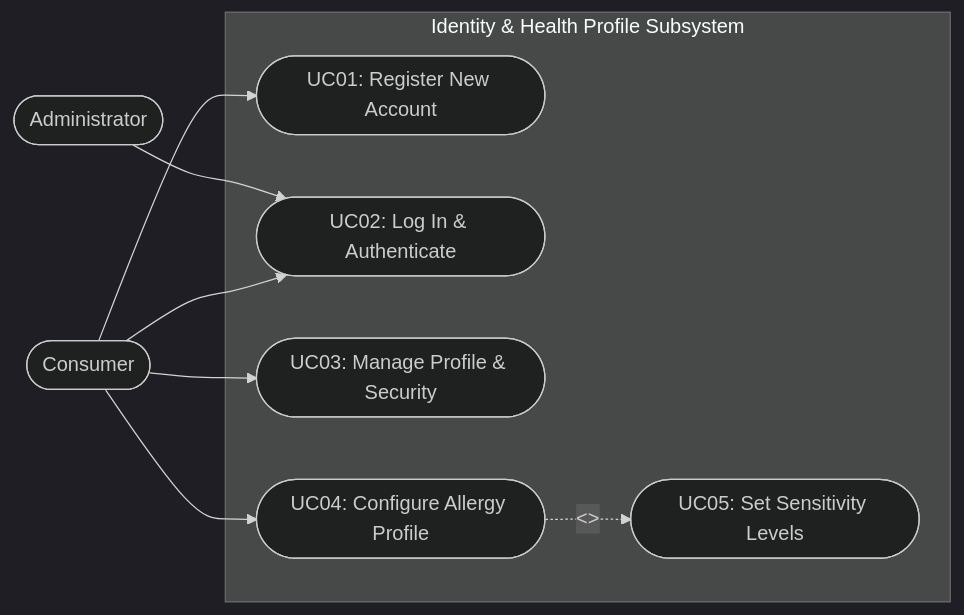
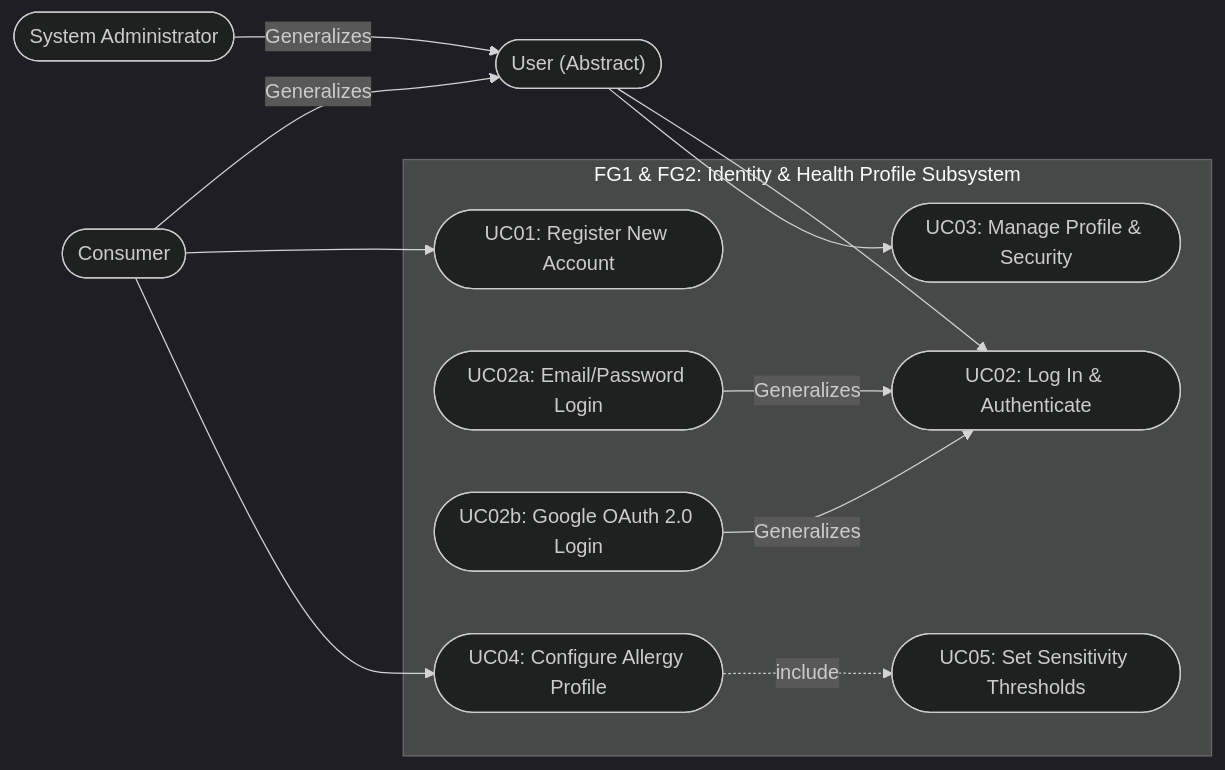
Before and after one commit to cornne/NutriViet_CNPM: the second of 5 diagrams in docs/requirements/use-cases.md, drawn with Mermaid (dark theme). The commit also changed other lines of this file and 176 other files, not shown here.

````diff
--- a/docs/requirements/use-cases.md
+++ b/docs/requirements/use-cases.md
@@ -127,20 +146,31 @@
 ```mermaid
 flowchart LR
+    User(["User (Abstract)"])
     Consumer(["Consumer"])
-    Admin(["Administrator"])
+    Admin(["System Administrator"])
 
-    subgraph Identity_Profile ["Identity & Health Profile Subsystem"]
+    Consumer -->|Generalizes| User
+    Admin -->|Generalizes| User
+
+    subgraph Identity_Profile ["FG1 & FG2: Identity & Health Profile Subsystem"]
         UC01(["UC01: Register New Account"])
         UC02(["UC02: Log In & Authenticate"])
+        UC02a(["UC02a: Email/Password Login"])
+        UC02b(["UC02b: Google OAuth 2.0 Login"])
         UC03(["UC03: Manage Profile & Security"])
         UC04(["UC04: Configure Allergy Profile"])
-        UC05(["UC05: Set Sensitivity Levels"])
+        UC05(["UC05: Set Sensitivity Thresholds"])
     end
 
+    User --> UC02
+    User --> UC03
     Consumer --> UC01
-    Consumer --> UC02
-    Consumer --> UC03
     Consumer --> UC04
-    Admin --> UC02
-    UC04 -. "<<include>>" .-> UC05
+
+    %% Include Relationship
+    UC04 -.->|include| UC05
+
+    %% Use Case Generalizations
+    UC02a -->|Generalizes| UC02
+    UC02b -->|Generalizes| UC02
 ```
````
